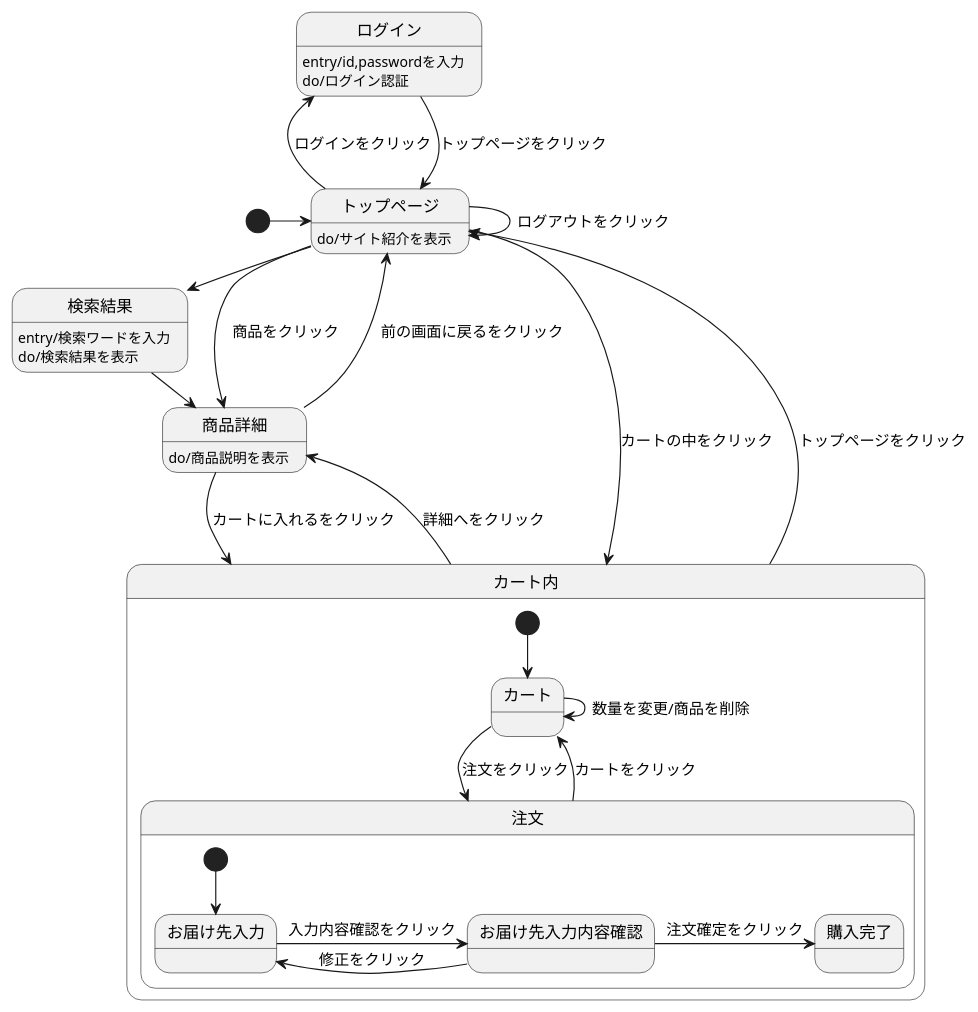
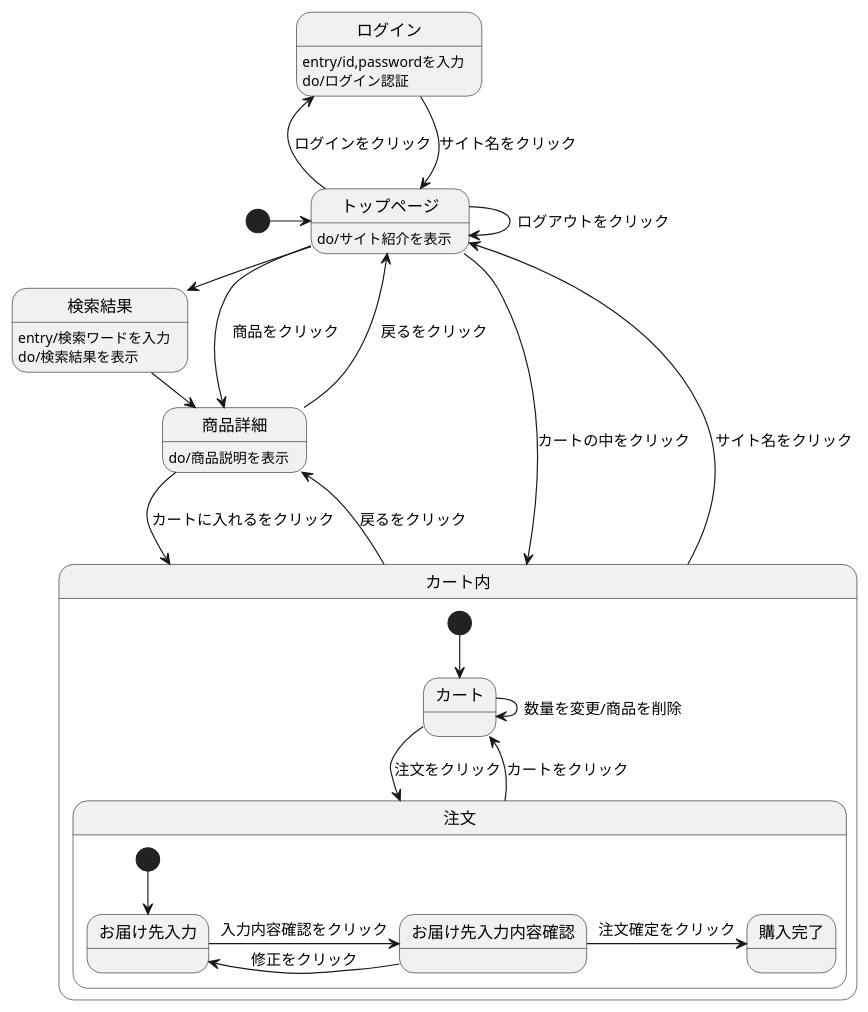
One commit to Aso2001369/2021sys-design changed the diagram in src2/md/状態遷移図.md. Above: the diagram before and after it, drawn with PlantUML.

````diff
--- a/src2/md/状態遷移図.md
+++ b/src2/md/状態遷移図.md
@@ -1,36 +1,36 @@
 ```uml
 @startuml
 
 [*] -> トップページ
-ログイン --> トップページ : トップページをクリック
+ログイン --> トップページ : サイト名をクリック
 ログイン : entry/id,passwordを入力
 ログイン : do/ログイン認証
 トップページ --> トップページ : ログアウトをクリック
 トップページ -> 検索結果 : 商品検索
 トップページ -> 商品詳細 : 商品をクリック
 トップページ -left-> ログイン : ログインをクリック
 トップページ --> カート内 : カートの中をクリック
 トップページ : do/サイト紹介を表示
 検索結果 -> 商品詳細 : 商品をクリック
 検索結果 : entry/検索ワードを入力
 検索結果 : do/検索結果を表示
 商品詳細 --> カート内 : カートに入れるをクリック
-商品詳細 --> トップページ : 前の画面に戻るをクリック
+商品詳細 --> トップページ : 戻るをクリック
 商品詳細 : do/商品説明を表示
-カート内 -up-> トップページ : トップページをクリック
-カート内 -> 商品詳細 : 詳細へをクリック
+カート内 -up-> トップページ : サイト名をクリック
+カート内 -> 商品詳細 : 戻るをクリック
 
 state カート内 {
   [*] --> カート
   カート -> 注文 : 注文をクリック
   カート -> カート : 数量を変更/商品を削除
   注文 --> カート : カートをクリック
   state 注文 {
     [*] --> お届け先入力
     お届け先入力 -> お届け先入力内容確認 : 入力内容確認をクリック
     お届け先入力内容確認 -> お届け先入力 : 修正をクリック
     お届け先入力内容確認 -> 購入完了 : 注文確定をクリック
   }
  }
 @enduml
 ```
````
